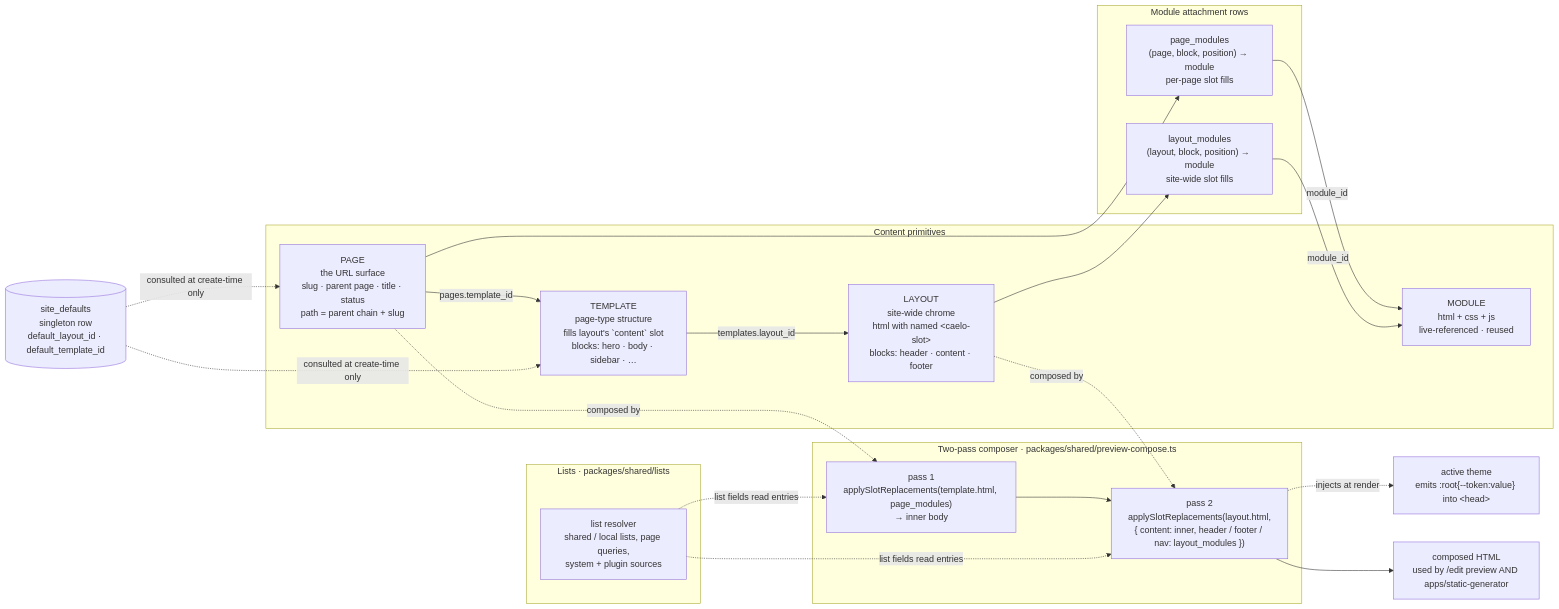
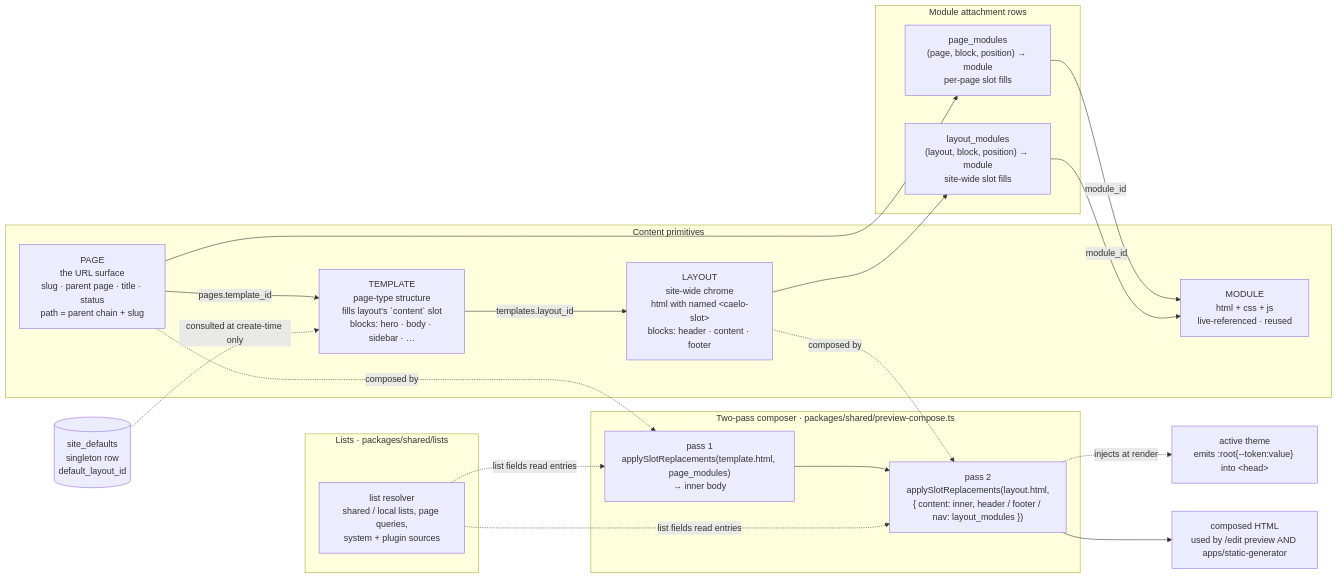
The second of 4 diagrams in ARCHITECTURE.md (caelo-cms/caelo-cms), drawn with Mermaid before and after one commit. The commit also changed other lines of this file and 405 other files, not shown here.

````diff
--- a/ARCHITECTURE.md
+++ b/ARCHITECTURE.md
@@ -73,46 +73,45 @@
 ```mermaid
 flowchart LR
   subgraph primitives["Content primitives"]
     Layout["LAYOUT<br/>site-wide chrome<br/>html with named &lt;caelo-slot&gt;<br/>blocks: header · content · footer"]
     Template["TEMPLATE<br/>page-type structure<br/>fills layout's `content` slot<br/>blocks: hero · body · sidebar · …"]
     Page["PAGE<br/>the URL surface<br/>slug · parent page · title · status<br/>path = parent chain + slug"]
     Module["MODULE<br/>html + css + js<br/>live-referenced · reused"]
   end
 
   Template -->|templates.layout_id| Layout
   Page -->|pages.template_id| Template
 
   subgraph attachments["Module attachment rows"]
     PageModules["page_modules<br/>(page, block, position) → module<br/>per-page slot fills"]
     LayoutModules["layout_modules<br/>(layout, block, position) → module<br/>site-wide slot fills"]
   end
 
   Page --> PageModules
   Layout --> LayoutModules
   PageModules -->|module_id| Module
   LayoutModules -->|module_id| Module
 
   subgraph composer["Two-pass composer · packages/shared/preview-compose.ts"]
     Pass1["pass 1<br/>applySlotReplacements(template.html, page_modules)<br/>→ inner body"]
     Pass2["pass 2<br/>applySlotReplacements(layout.html,<br/>{ content: inner, header / footer / nav: layout_modules })"]
     Pass1 --> Pass2
   end
 
   Page -. composed by .-> Pass1
   Layout -. composed by .-> Pass2
 
   subgraph lists["Lists · packages/shared/lists"]
     Resolver["list resolver<br/>shared / local lists, page queries,<br/>system + plugin sources"]
   end
   Theme["active theme<br/>emits :root{--token:value} into &lt;head&gt;"]
 
   Resolver -. list fields read entries .-> Pass1
   Resolver -. list fields read entries .-> Pass2
   Pass2 -. injects at render .-> Theme
 
   Pass2 --> Output["composed HTML<br/>used by /edit preview AND apps/static-generator"]
 
-  SiteDefaults[("site_defaults<br/>singleton row<br/>default_layout_id · default_template_id")]
-  SiteDefaults -. consulted at create-time only .-> Page
+  SiteDefaults[("site_defaults<br/>singleton row<br/>default_layout_id")]
   SiteDefaults -. consulted at create-time only .-> Template
 ```
````
